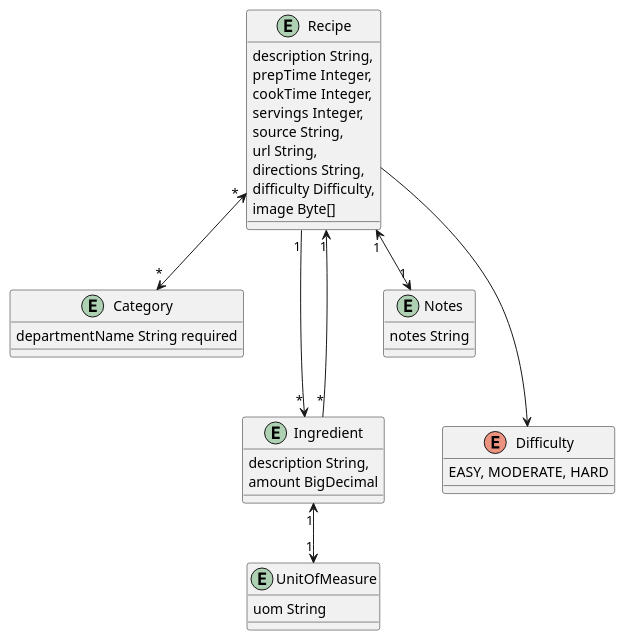
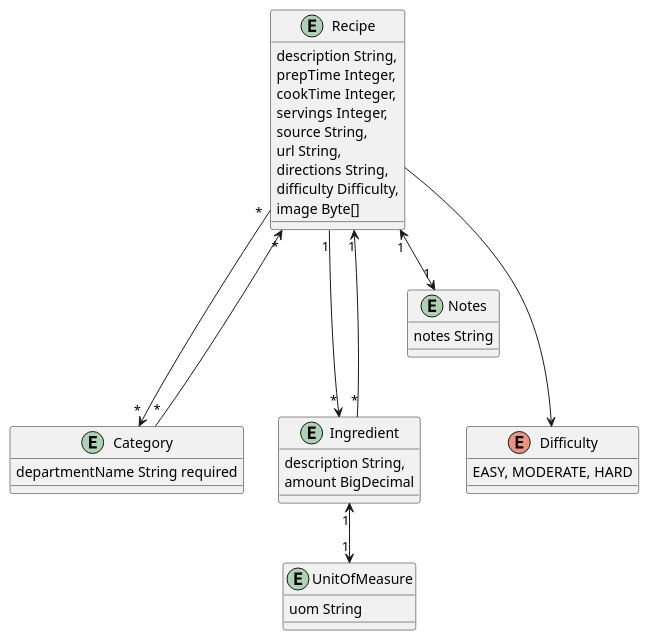
Before and after one commit to zackrosfjord/recipes: the diagram in map.puml, drawn with PlantUML. The commit also changed 6 other files, not shown here.

```diff
--- a/map.puml
+++ b/map.puml
@@ -1,37 +1,38 @@
 @startuml
 entity Recipe {
     description String,
     prepTime Integer,
     cookTime Integer,
     servings Integer,
     source String,
     url String,
     directions String,
     difficulty Difficulty,
     image Byte[]
 }
 
 entity Category {
   departmentName String required
 }
 entity Ingredient {
   description String,
   amount BigDecimal
 }
 entity UnitOfMeasure {
   uom String
 }
 entity Notes {
   notes String
 }
 enum Difficulty {
   EASY, MODERATE, HARD
 }
 
 Recipe "1" <--> "1" Notes
 Recipe "1" ---> "*" Ingredient
 Ingredient "*" ---> "1" Recipe
-Recipe "*" <--> "*" Category
+Recipe "*" ---> "*" Category
+Category "*" ---> "*" Recipe
 Recipe ---> Difficulty
 Ingredient "1" <--> "1" UnitOfMeasure
 @enduml
```
